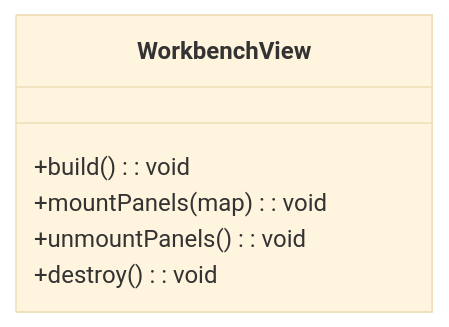
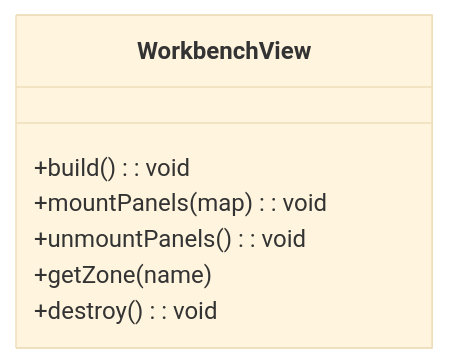
One commit to arbph-dev/codeIgniter-appCms changed the diagram in documentation/WORKBENCH/ARCHITECTURE/WorkbenchView.md. Above: the diagram before and after it, drawn with Mermaid (base theme).

````diff
--- a/documentation/WORKBENCH/ARCHITECTURE/WorkbenchView.md
+++ b/documentation/WORKBENCH/ARCHITECTURE/WorkbenchView.md
@@ -5,9 +5,10 @@
 ```mermaid
 classDiagram
     class WorkbenchView{
         +build(): void
         +mountPanels(map): void
         +unmountPanels(): void
+        +getZone(name)
         +destroy(): void
     }
 ```
````
